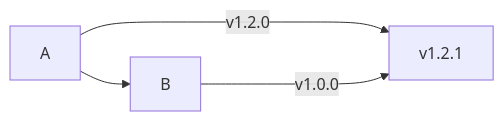
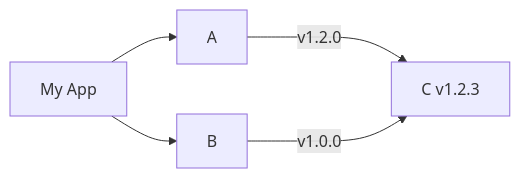
One commit to Optravis-LLC/baselone2022-rust changed the second of 4 diagrams in slides.md. Above: the diagram before and after it, drawn with Mermaid. The commit also changed other lines of this file and 1 other file, not shown here.

Commit message:
more mermaid diagrams to show the dependency resolution

````diff
--- a/slides.md
+++ b/slides.md
@@ -525,7 +541,9 @@
 ```mermaid
 flowchart LR
-  A --> B
+  X[My App]
+  X --> A
+  X --> B
   A -- v1.2.0 ---> C
   B -- v1.0.0 ---> C
-  C[v1.2.1]
+  C[C v1.2.3]
 ```
````
